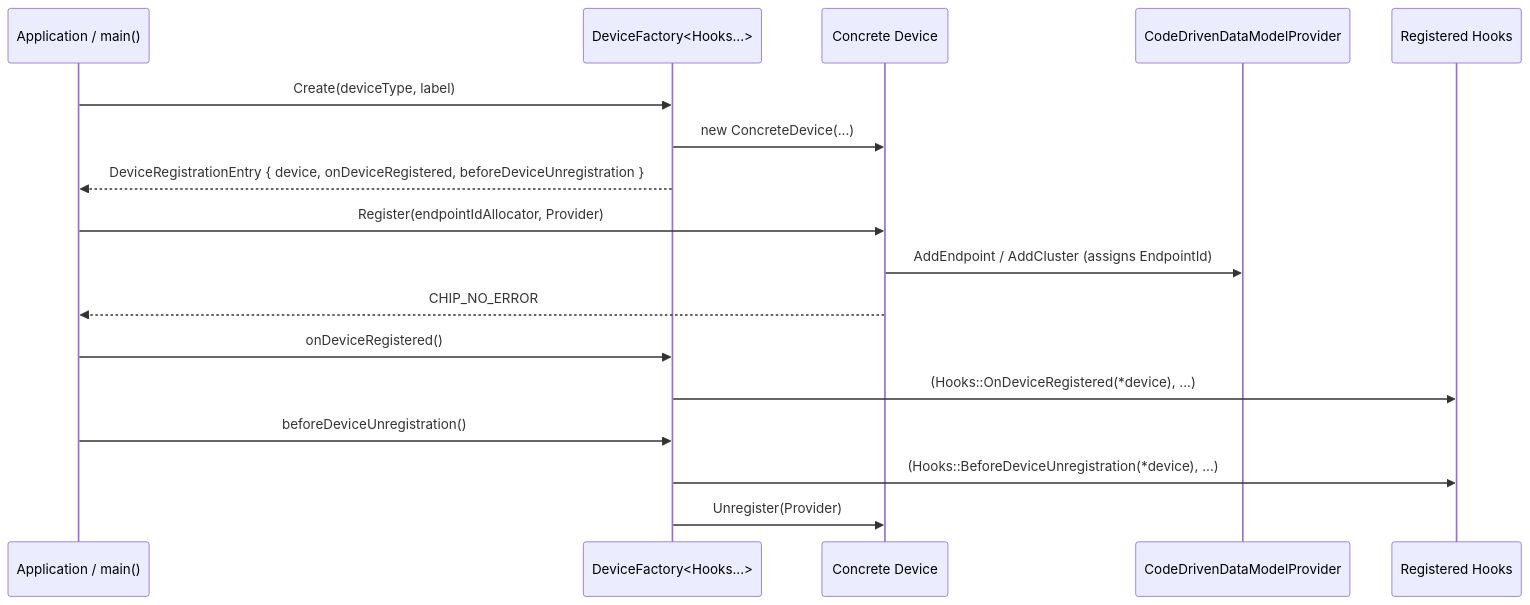
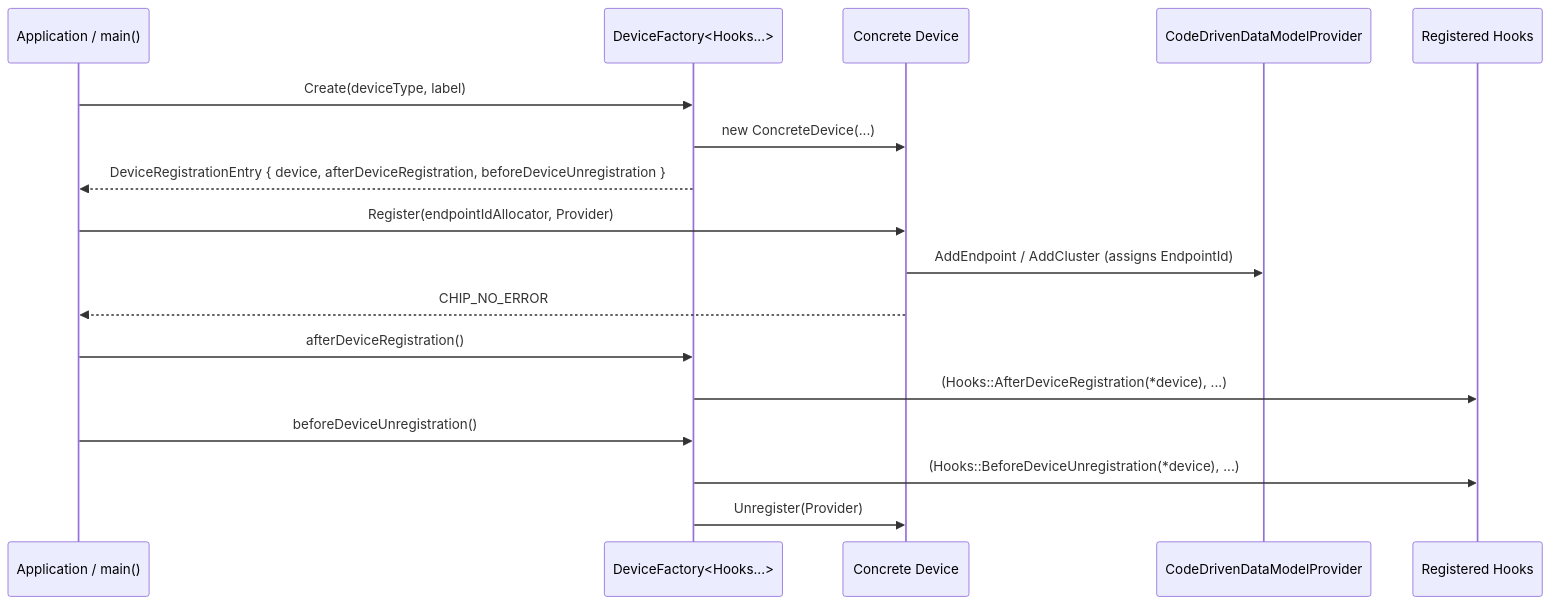
One commit to project-chip/connectedhomeip changed the fourth of 4 diagrams in examples/all-devices-app/docs/architecture.md. Above: the diagram before and after it, drawn with Mermaid. The commit also changed other lines of this file and 14 other files, not shown here.

````diff
--- a/examples/all-devices-app/docs/architecture.md
+++ b/examples/all-devices-app/docs/architecture.md
@@ -215,23 +215,23 @@
 ```mermaid
 sequenceDiagram
     participant App as Application / main()
     participant Factory as DeviceFactory<Hooks...>
     participant Device as Concrete Device
     participant Provider as CodeDrivenDataModelProvider
     participant Hook as Registered Hooks
 
     App->>Factory: Create(deviceType, label)
     Factory->>Device: new ConcreteDevice(...)
-    Factory-->>App: DeviceRegistrationEntry { device, onDeviceRegistered, beforeDeviceUnregistration }
+    Factory-->>App: DeviceRegistrationEntry { device, afterDeviceRegistration, beforeDeviceUnregistration }
 
     App->>Device: Register(endpointIdAllocator, Provider)
     Device->>Provider: AddEndpoint / AddCluster (assigns EndpointId)
     Device-->>App: CHIP_NO_ERROR
 
-    App->>Factory: onDeviceRegistered()
-    Factory->>Hook: (Hooks::OnDeviceRegistered(*device), ...)
+    App->>Factory: afterDeviceRegistration()
+    Factory->>Hook: (Hooks::AfterDeviceRegistration(*device), ...)
 
     App->>Factory: beforeDeviceUnregistration()
     Factory->>Hook: (Hooks::BeforeDeviceUnregistration(*device), ...)
     Factory->>Device: Unregister(Provider)
 ```
````
